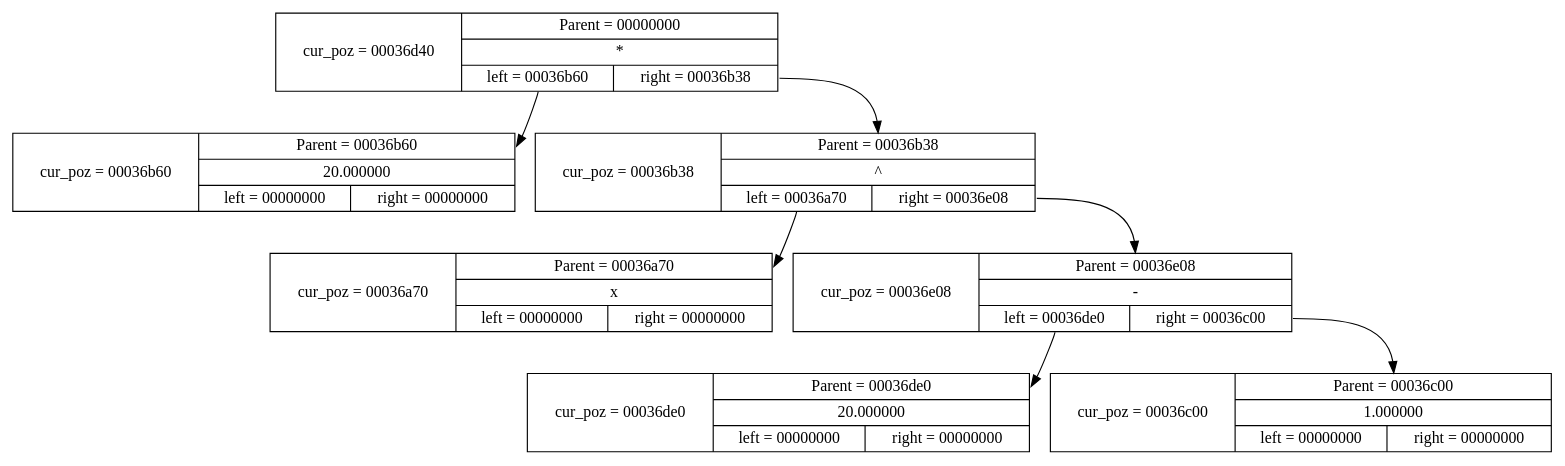
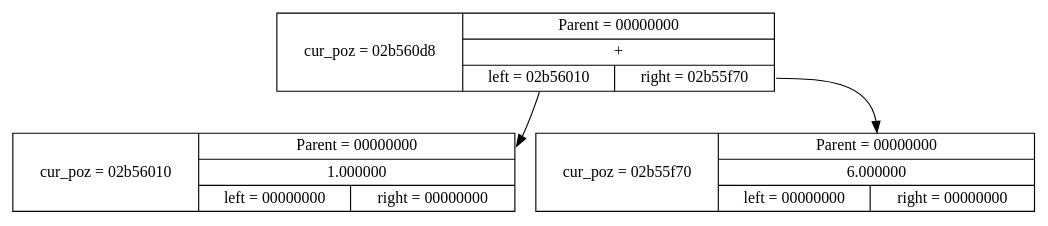
The diagram in dump.dot (Voikgrib/Diff), drawn with Graphviz before and after one commit. The commit also changed 3 other files, not shown here.

```diff
--- a/dump.dot
+++ b/dump.dot
@@ -1,16 +1,8 @@
 digraph list {
 	node [shape = record];
-	node00036b60 [label = "cur_poz = 00036b60|{<f0> Parent = 00036b60 | <f1> 20.000000 |{<f2> left = 00000000 | <f3> right = 00000000 }}"];
-	node00036d40 [label = "cur_poz = 00036d40|{<f0> Parent = 00000000 | <f1> * |{<f2> left = 00036b60 | <f3> right = 00036b38 }}"];
-	node00036a70 [label = "cur_poz = 00036a70|{<f0> Parent = 00036a70 | <f1> x |{<f2> left = 00000000 | <f3> right = 00000000 }}"];
-	node00036b38 [label = "cur_poz = 00036b38|{<f0> Parent = 00036b38 | <f1> ^ |{<f2> left = 00036a70 | <f3> right = 00036e08 }}"];
-	node00036de0 [label = "cur_poz = 00036de0|{<f0> Parent = 00036de0 | <f1> 20.000000 |{<f2> left = 00000000 | <f3> right = 00000000 }}"];
-	node00036e08 [label = "cur_poz = 00036e08|{<f0> Parent = 00036e08 | <f1> - |{<f2> left = 00036de0 | <f3> right = 00036c00 }}"];
-	node00036c00 [label = "cur_poz = 00036c00|{<f0> Parent = 00036c00 | <f1> 1.000000 |{<f2> left = 00000000 | <f3> right = 00000000 }}"];
-	"node00036d40":f2 -> "node00036b60":f0;
-	"node00036d40":f3 -> "node00036b38":f0;
-	"node00036b38":f2 -> "node00036a70":f0;
-	"node00036b38":f3 -> "node00036e08":f0;
-	"node00036e08":f2 -> "node00036de0":f0;
-	"node00036e08":f3 -> "node00036c00":f0;
+	node02b56010 [label = "cur_poz = 02b56010|{<f0> Parent = 00000000 | <f1> 1.000000 |{<f2> left = 00000000 | <f3> right = 00000000 }}"];
+	node02b560d8 [label = "cur_poz = 02b560d8|{<f0> Parent = 00000000 | <f1> + |{<f2> left = 02b56010 | <f3> right = 02b55f70 }}"];
+	node02b55f70 [label = "cur_poz = 02b55f70|{<f0> Parent = 00000000 | <f1> 6.000000 |{<f2> left = 00000000 | <f3> right = 00000000 }}"];
+	"node02b560d8":f2 -> "node02b56010":f0;
+	"node02b560d8":f3 -> "node02b55f70":f0;
 }
```
